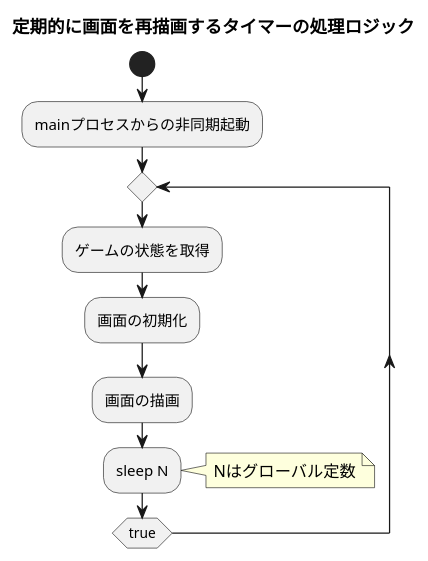
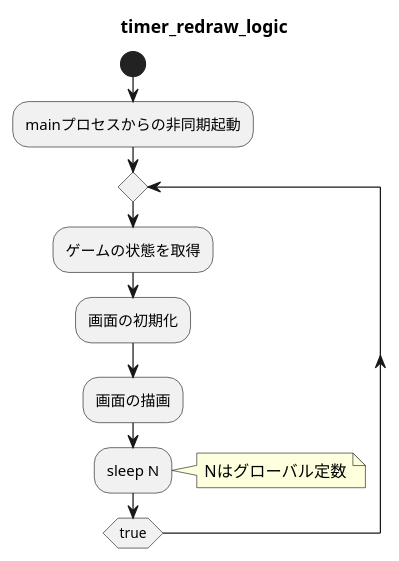
The diagram in doc/clock.puml (jiro4989/tetris), drawn with PlantUML before and after one commit. The commit also changed 6 other files, not shown here.

```diff
--- a/doc/clock.puml
+++ b/doc/clock.puml
@@ -1,18 +1,18 @@
 @startuml
 
-title 定期的に画面を再描画するタイマーの処理ロジック
+title timer_redraw_logic
 
 start
 
 :mainプロセスからの非同期起動;
 repeat
     :ゲームの状態を取得;
     :画面の初期化;
     :画面の描画;
     :sleep N;
     note right
         Nはグローバル定数
     endnote
 repeat while (true)
 
 @enduml
```
